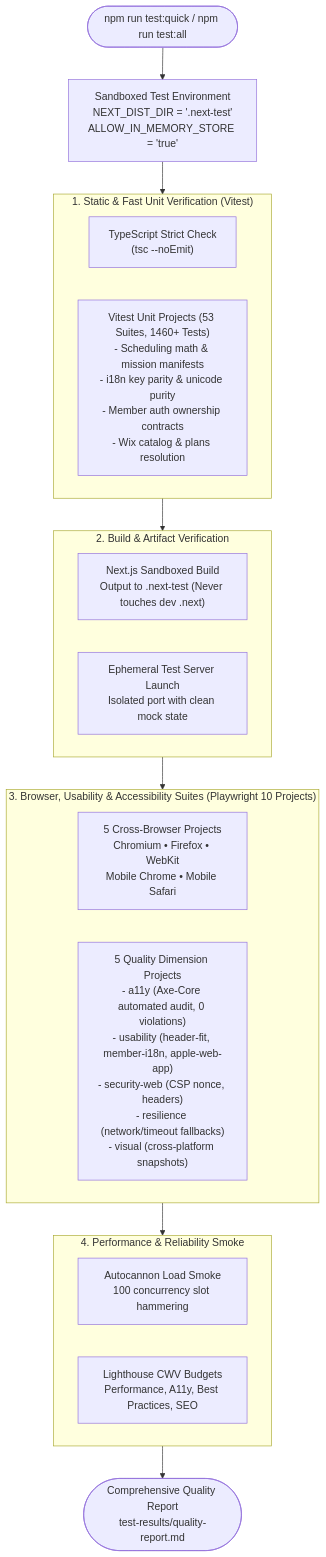
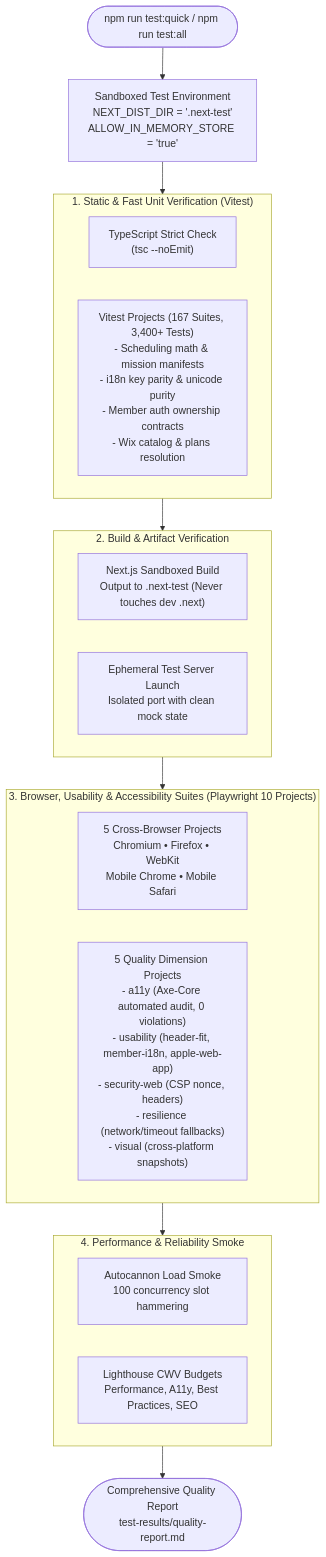
The seventh of 7 diagrams in ARCHITECTURE.md (hatan4ik/simdream-website), drawn with Mermaid before and after one commit. The commit also changed 4 other files, not shown here.

Commit message:
docs: sync GENESIS, README, ARCHITECTURE, and refund language schema with live codebase

````diff
--- a/ARCHITECTURE.md
+++ b/ARCHITECTURE.md
@@ -321,30 +321,30 @@
 ```mermaid
 flowchart TD
     Trigger(["npm run test:quick / npm run test:all"]) --> EnvCheck["Sandboxed Test Environment<br/>NEXT_DIST_DIR = '.next-test'<br/>ALLOW_IN_MEMORY_STORE = 'true'"]
 
     subgraph Stage1["1. Static & Fast Unit Verification (Vitest)"]
         Typecheck["TypeScript Strict Check<br/>(tsc --noEmit)"]
-        UnitTests["Vitest Unit Projects (53 Suites, 1460+ Tests)<br/>- Scheduling math & mission manifests<br/>- i18n key parity & unicode purity<br/>- Member auth ownership contracts<br/>- Wix catalog & plans resolution"]
+        UnitTests["Vitest Projects (167 Suites, 3,400+ Tests)<br/>- Scheduling math & mission manifests<br/>- i18n key parity & unicode purity<br/>- Member auth ownership contracts<br/>- Wix catalog & plans resolution"]
     end
 
     subgraph Stage2["2. Build & Artifact Verification"]
         SandboxedBuild["Next.js Sandboxed Build<br/>Output to .next-test (Never touches dev .next)"]
         ServerLaunch["Ephemeral Test Server Launch<br/>Isolated port with clean mock state"]
     end
 
     subgraph Stage3["3. Browser, Usability & Accessibility Suites (Playwright 10 Projects)"]
         BrowserProjects["5 Cross-Browser Projects<br/>Chromium • Firefox • WebKit<br/>Mobile Chrome • Mobile Safari"]
         QualityProjects["5 Quality Dimension Projects<br/>- a11y (Axe-Core automated audit, 0 violations)<br/>- usability (header-fit, member-i18n, apple-web-app)<br/>- security-web (CSP nonce, headers)<br/>- resilience (network/timeout fallbacks)<br/>- visual (cross-platform snapshots)"]
     end
 
     subgraph Stage4["4. Performance & Reliability Smoke"]
         LoadSmoke["Autocannon Load Smoke<br/>100 concurrency slot hammering"]
         LighthouseAudit["Lighthouse CWV Budgets<br/>Performance, A11y, Best Practices, SEO"]
     end
 
     EnvCheck --> Stage1
     Stage1 --> Stage2
     Stage2 --> Stage3
     Stage3 --> Stage4
     Stage4 --> QualityReport(["Comprehensive Quality Report<br/>test-results/quality-report.md"])
 ```
````
